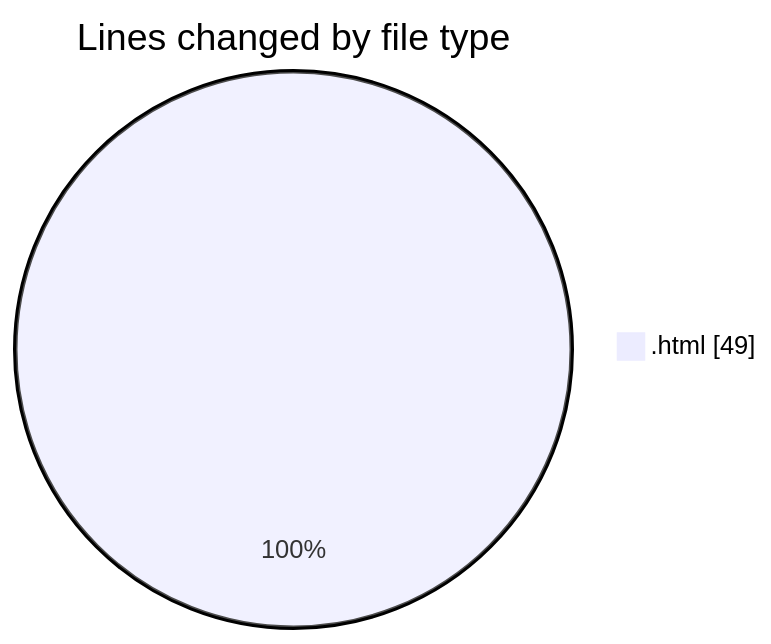
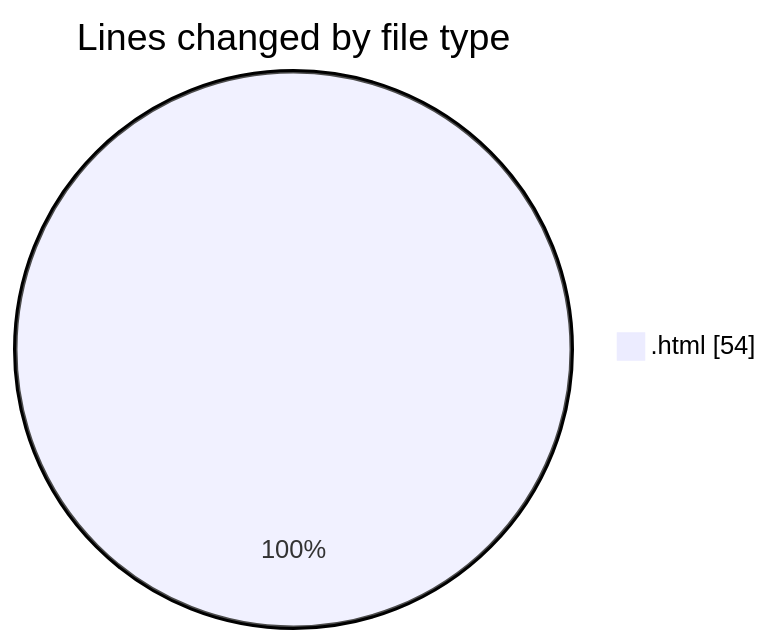
One commit to hasnaa123/code-tracking changed the first of 2 diagrams in 2025-12-24/technologie_web/README.md. Above: the diagram before and after it, drawn with Mermaid. The commit also changed other lines of this file and 1 other file, not shown here.

````diff
--- a/2025-12-24/technologie_web/README.md
+++ b/2025-12-24/technologie_web/README.md
@@ -20,5 +20,5 @@
 ```mermaid
 pie showData
 title Lines changed by file type
-".html" : 49
+".html" : 54
 ```
````
